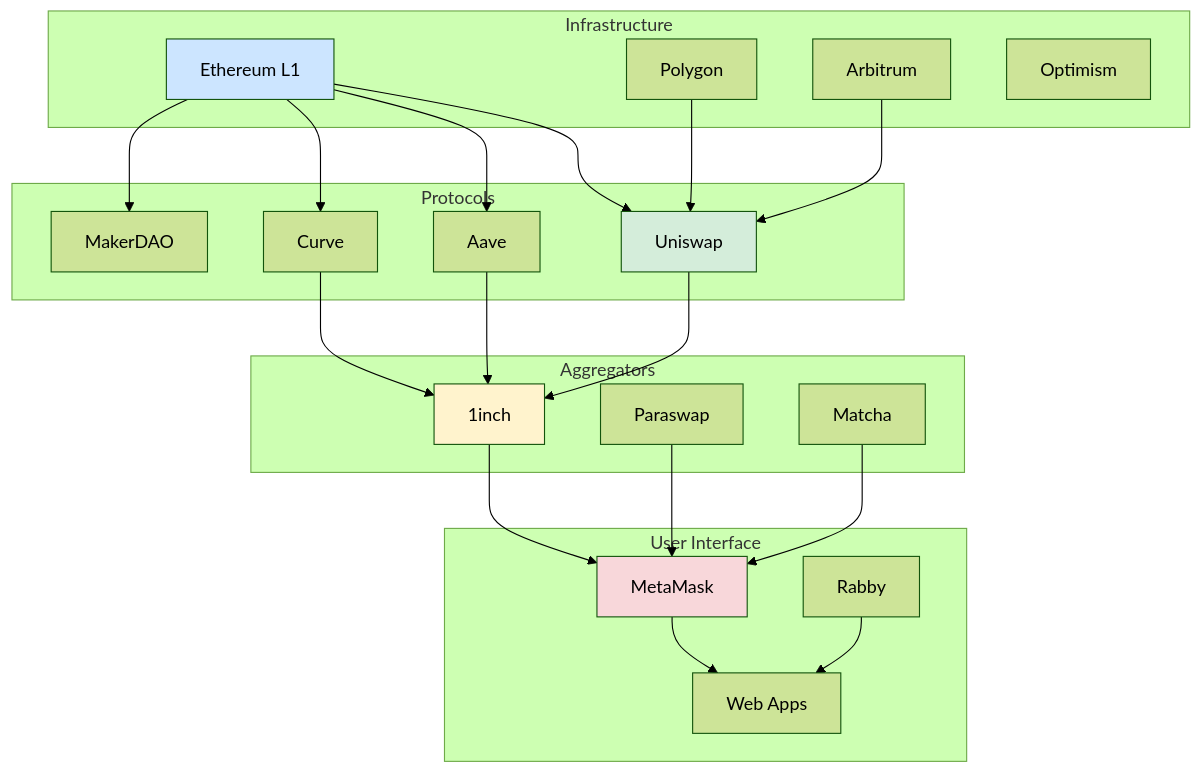
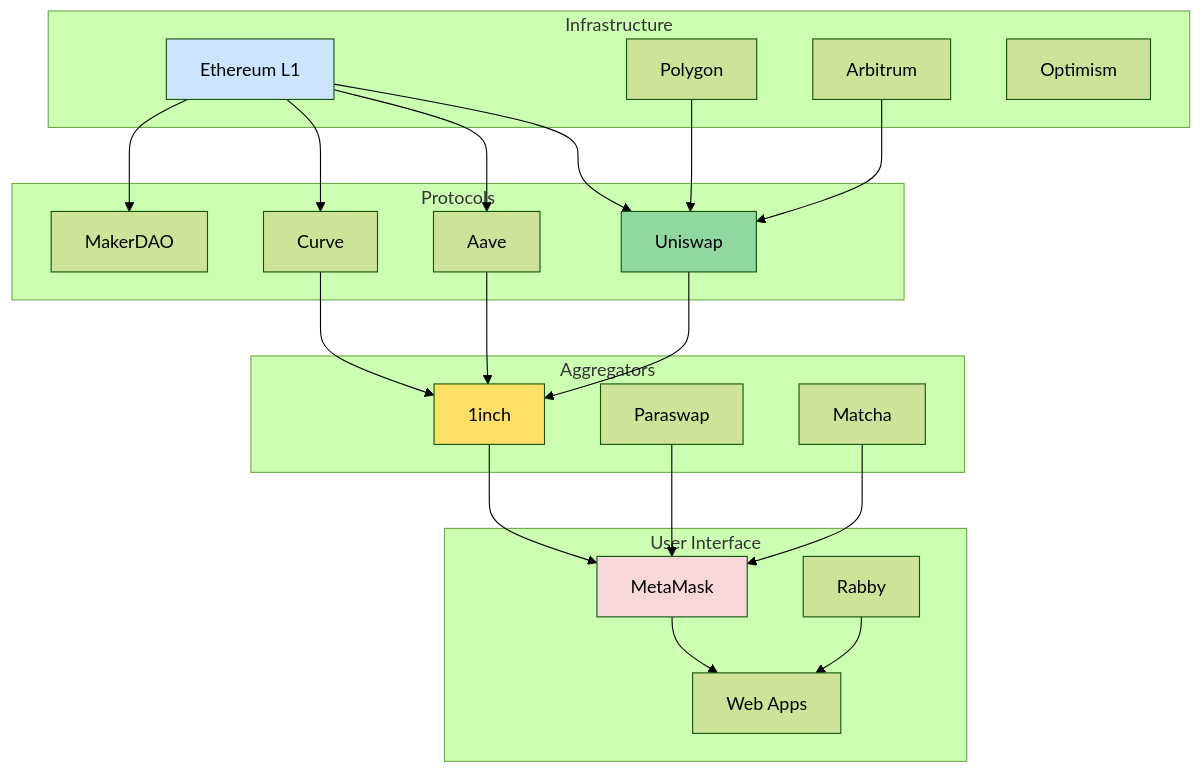
Diagram 23 of 23 in Industry/Blockchain/Blockchain/ValueChain/QA_MistralAI.md (ljg-cqu/knowledge), drawn with Mermaid (forest theme) before and after one commit. The commit also changed other lines of this file and 6 other files, not shown here.

````diff
--- a/Industry/Blockchain/Blockchain/ValueChain/QA_MistralAI.md
+++ b/Industry/Blockchain/Blockchain/ValueChain/QA_MistralAI.md
@@ -1456,51 +1456,51 @@
 ```mermaid
 graph TB
     subgraph Infrastructure
         A[Ethereum L1]
         B[Polygon]
         C[Arbitrum]
         D[Optimism]
     end
     
     subgraph Protocols
         E[Uniswap]
         F[Aave]
         G[Curve]
         H[MakerDAO]
     end
     
     subgraph Aggregators
         I[1inch]
         J[Paraswap]
         K[Matcha]
     end
     
     subgraph User Interface
         L[MetaMask]
         M[Rabby]
         N[Web Apps]
     end
     
     A --> E
     A --> F
     A --> G
     A --> H
     B --> E
     C --> E
     
     E --> I
     F --> I
     G --> I
     
     I --> L
     J --> L
     K --> L
     
     L --> N
     M --> N
     
     style A fill:#cce5ff
-    style E fill:#d4edda
-    style I fill:#fff3cd
+    style E fill:#90d7a0
+    style I fill:#ffe066
     style L fill:#f8d7da
 ```
````
